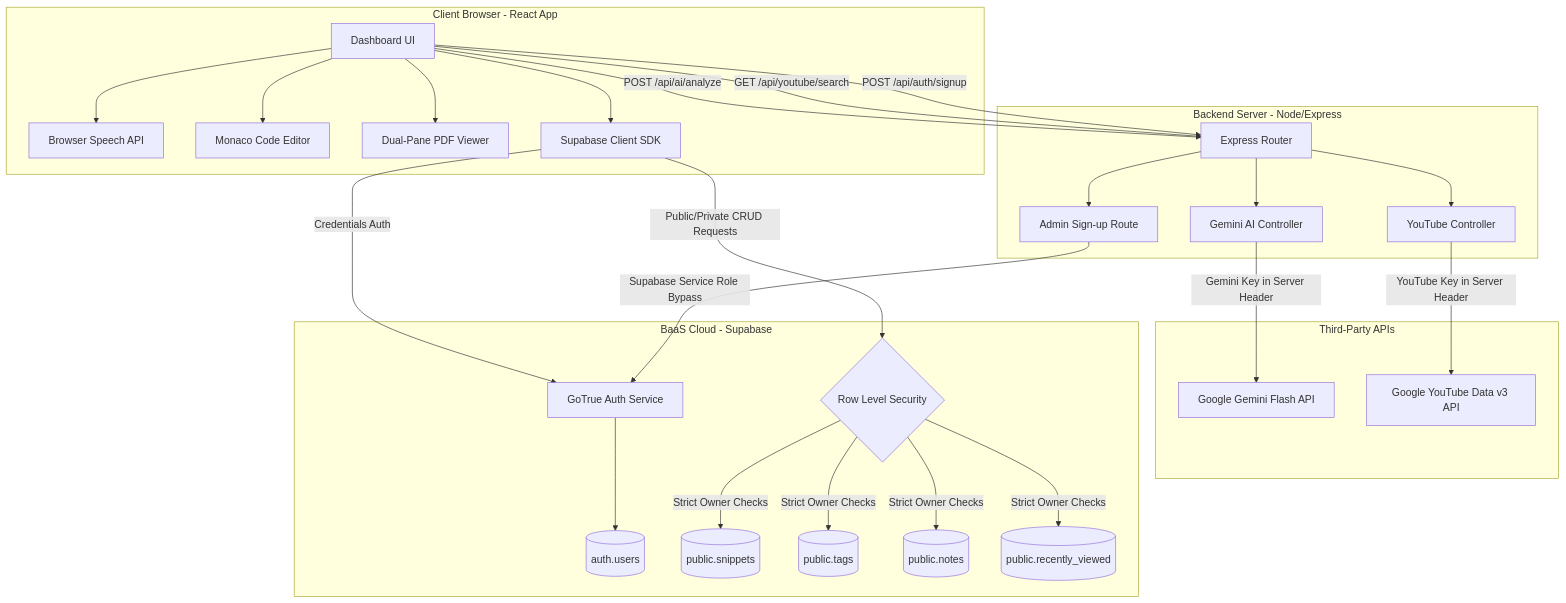
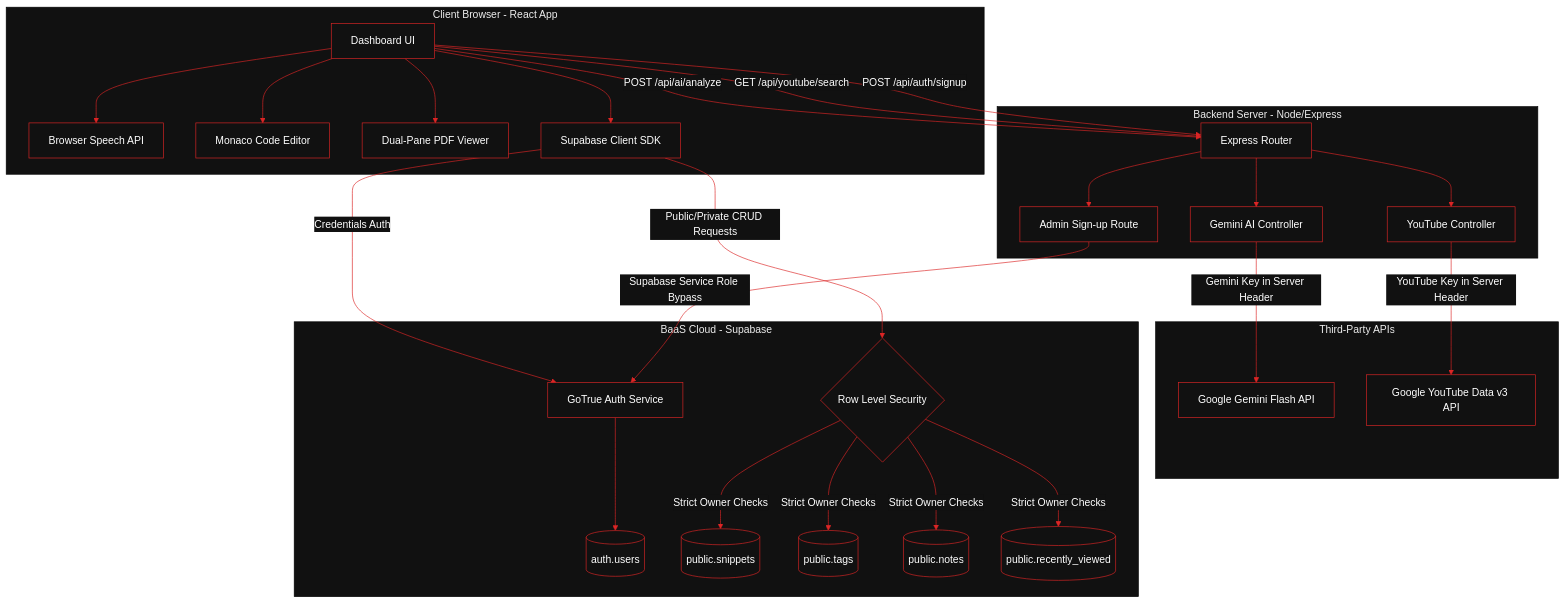
Before and after one commit to jaggureddy11/Code-Vault: the first of 3 diagrams in README.md, drawn with Mermaid. The commit also changed other lines of this file and 1 other file, not shown here.

Commit message:
docs: integrate custom header banner and style diagrams in README

````diff
--- a/README.md
+++ b/README.md
@@ -23,61 +25,62 @@
 ```mermaid
+%%{init: {'theme': 'base', 'themeVariables': { 'background': '#000000', 'primaryColor': '#111111', 'primaryTextColor': '#FFFFFF', 'primaryBorderColor': '#DC2626', 'lineColor': '#DC2626', 'secondaryColor': '#111111', 'tertiaryColor': '#111111'}}}%%
 graph TB
   subgraph Client [Client Browser - React App]
     UI[Dashboard UI]
     Voice[Browser Speech API]
     Monaco[Monaco Code Editor]
     PDF[Dual-Pane PDF Viewer]
     ClientDB[Supabase Client SDK]
   end
 
   subgraph Gateway [Backend Server - Node/Express]
     Express[Express Router]
     GeminiCtrl[Gemini AI Controller]
     YTCtrl[YouTube Controller]
     AdminAuth[Admin Sign-up Route]
   end
 
   subgraph ThirdParty [Third-Party APIs]
     GeminiAPI[Google Gemini Flash API]
     YouTubeAPI[Google YouTube Data v3 API]
   end
 
   subgraph Database [BaaS Cloud - Supabase]
     RLS{Row Level Security}
     Auth[GoTrue Auth Service]
     UsersTable[(auth.users)]
     SnippetsTable[(public.snippets)]
     TagsTable[(public.tags)]
     NotesTable[(public.notes)]
     HistoryTable[(public.recently_viewed)]
   end
 
   %% Client Routing
   UI --> Monaco
   UI --> Voice
   UI --> PDF
   UI --> ClientDB
 
   %% Direct DB Pipeline
   ClientDB -->|Public/Private CRUD Requests| RLS
   RLS -->|Strict Owner Checks| SnippetsTable
   RLS -->|Strict Owner Checks| TagsTable
   RLS -->|Strict Owner Checks| NotesTable
   RLS -->|Strict Owner Checks| HistoryTable
   ClientDB -->|Credentials Auth| Auth
   Auth --> UsersTable
 
   %% Proxy Server Pipeline
   UI -->|POST /api/ai/analyze| Express
   UI -->|GET /api/youtube/search| Express
   UI -->|POST /api/auth/signup| Express
 
   Express --> GeminiCtrl
   Express --> YTCtrl
   Express --> AdminAuth
 
   %% Server Outgoing
   GeminiCtrl -->|Gemini Key in Server Header| GeminiAPI
   YTCtrl -->|YouTube Key in Server Header| YouTubeAPI
   AdminAuth -->|Supabase Service Role Bypass| Auth
 ```
````
